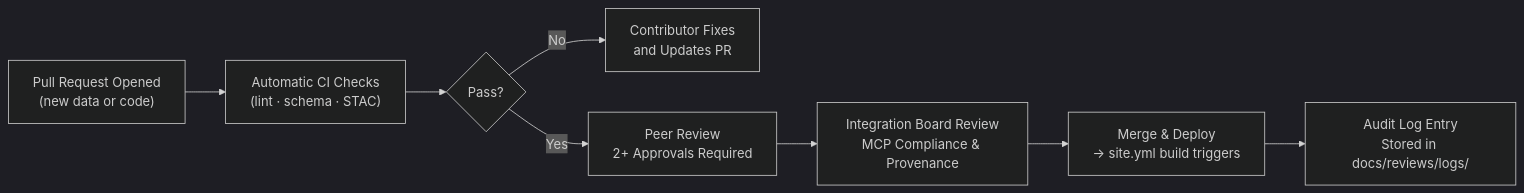
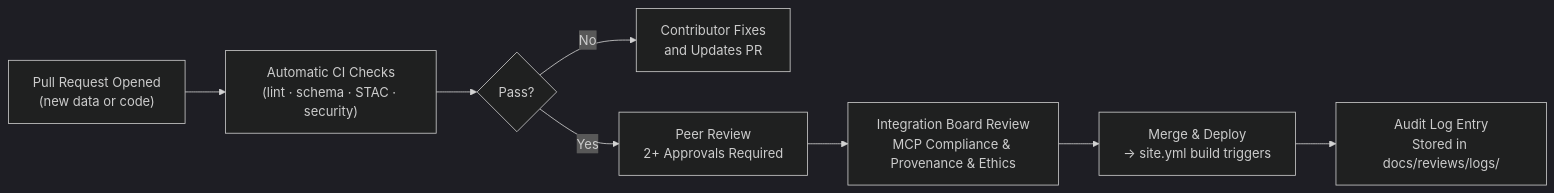
Before and after one commit to bartytime4life/Kansas-Frontier-Matrix: the second of 2 diagrams in docs/integration/reviews/README.md, drawn with Mermaid (dark theme). The commit also changed other lines of this file, not shown here.

First line of the commit message:
Revise Integration Reviews README for clarity and updates

````diff
--- a/docs/integration/reviews/README.md
+++ b/docs/integration/reviews/README.md
@@ -164,10 +256,10 @@
 ```mermaid
 flowchart LR
-    A["Pull Request Opened\n(new data or code)"] --> B["Automatic CI Checks\n(lint · schema · STAC)"]
+    A["Pull Request Opened\n(new data or code)"] --> B["Automatic CI Checks\n(lint · schema · STAC · security)"]
     B --> C{"Pass?"}
     C -- "No" --> D["Contributor Fixes\nand Updates PR"]
     C -- "Yes" --> E["Peer Review\n2+ Approvals Required"]
-    E --> F["Integration Board Review\nMCP Compliance & Provenance"]
+    E --> F["Integration Board Review\nMCP Compliance & Provenance & Ethics"]
     F --> G["Merge & Deploy\n→ site.yml build triggers"]
     G --> H["Audit Log Entry\nStored in docs/reviews/logs/"]
 ```
````
